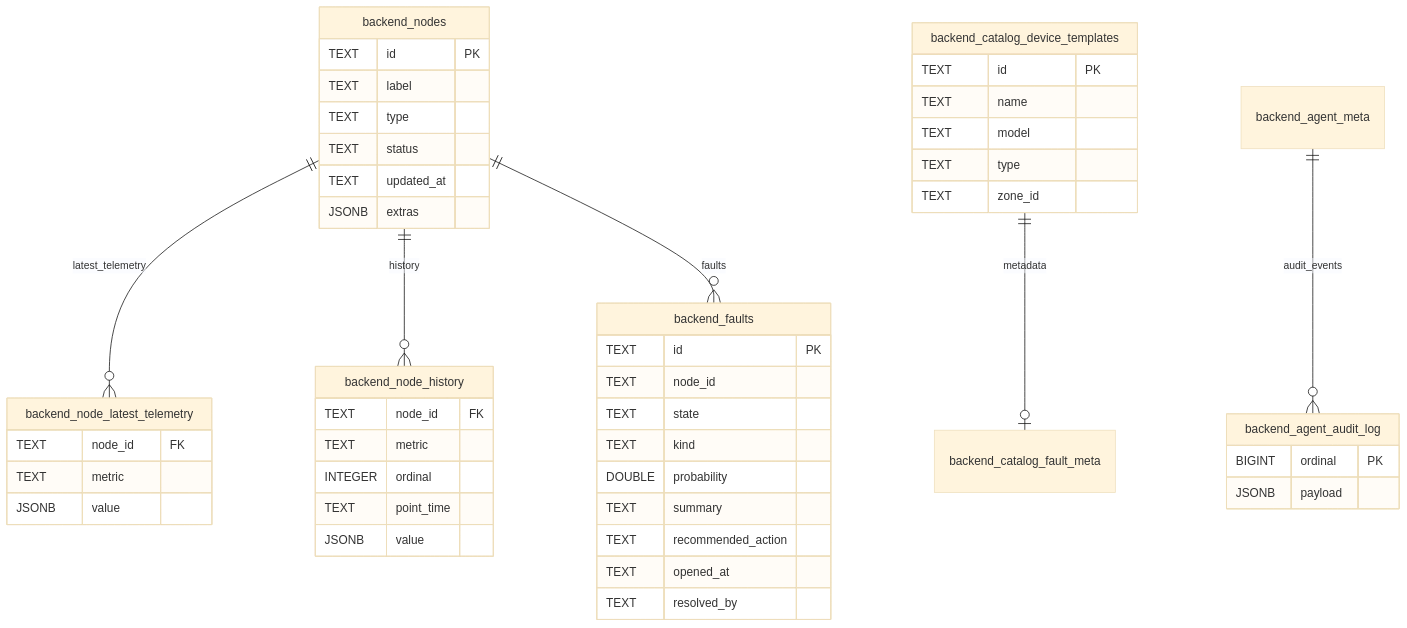
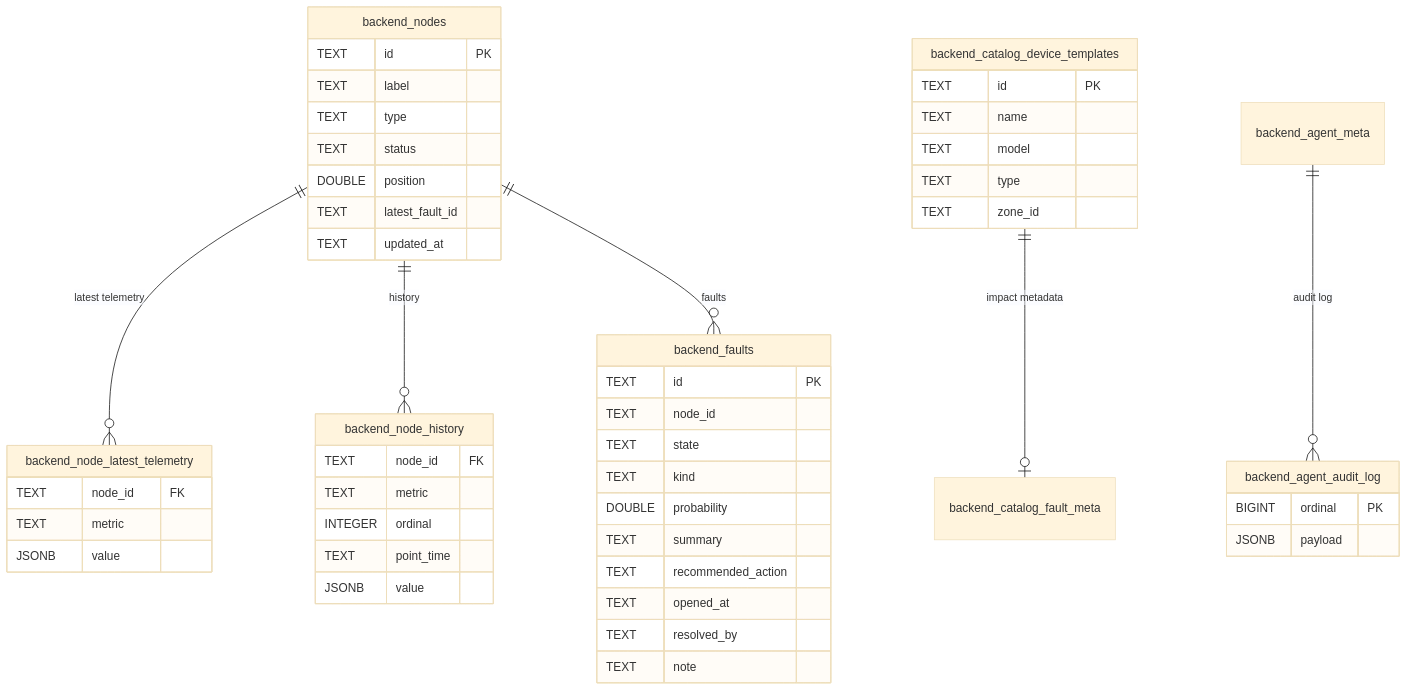
One commit to RestartDK/flox changed the diagram in README.md. Above: the diagram before and after it, drawn with Mermaid (base theme). The commit also changed other lines of this file, not shown here.

````diff
--- a/README.md
+++ b/README.md
@@ -306,56 +231,58 @@
 ```mermaid
 erDiagram
     backend_nodes {
         TEXT id PK
         TEXT label
         TEXT type
         TEXT status
+        DOUBLE position
+        TEXT latest_fault_id
         TEXT updated_at
-        JSONB extras
     }
 
     backend_node_latest_telemetry {
         TEXT node_id FK
         TEXT metric
         JSONB value
     }
 
     backend_node_history {
         TEXT node_id FK
         TEXT metric
         INTEGER ordinal
         TEXT point_time
         JSONB value
     }
 
     backend_faults {
         TEXT id PK
         TEXT node_id
         TEXT state
         TEXT kind
         DOUBLE probability
         TEXT summary
         TEXT recommended_action
         TEXT opened_at
         TEXT resolved_by
+        TEXT note
     }
 
     backend_catalog_device_templates {
         TEXT id PK
         TEXT name
         TEXT model
         TEXT type
         TEXT zone_id
     }
 
     backend_agent_audit_log {
         BIGINT ordinal PK
         JSONB payload
     }
 
-    backend_nodes ||--o{ backend_node_latest_telemetry : latest_telemetry
-    backend_nodes ||--o{ backend_node_history : history
-    backend_nodes ||--o{ backend_faults : faults
-    backend_catalog_device_templates ||--o| backend_catalog_fault_meta : metadata
-    backend_agent_meta ||--o{ backend_agent_audit_log : audit_events
+    backend_nodes ||--o{ backend_node_latest_telemetry : "latest telemetry"
+    backend_nodes ||--o{ backend_node_history : "history"
+    backend_nodes ||--o{ backend_faults : "faults"
+    backend_catalog_device_templates ||--o| backend_catalog_fault_meta : "impact metadata"
+    backend_agent_meta ||--o{ backend_agent_audit_log : "audit log"
 ```
````
